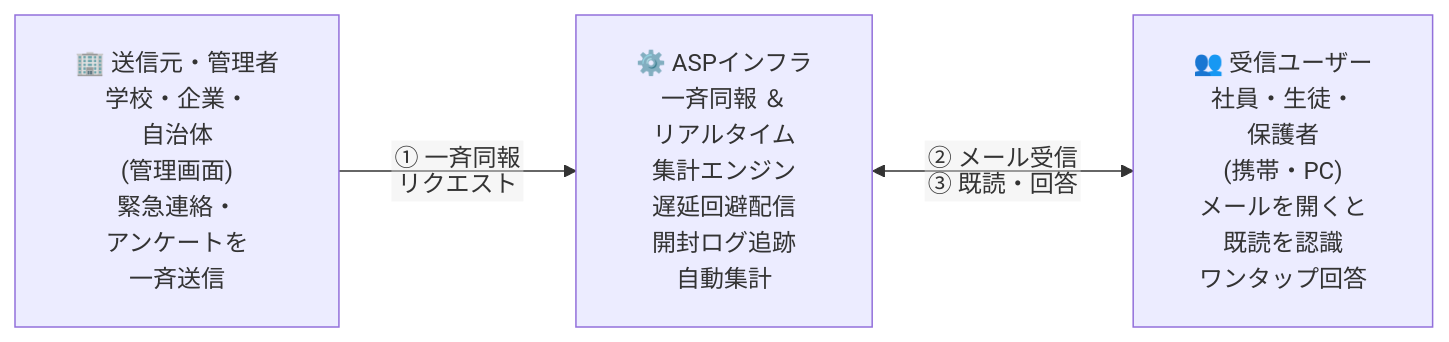
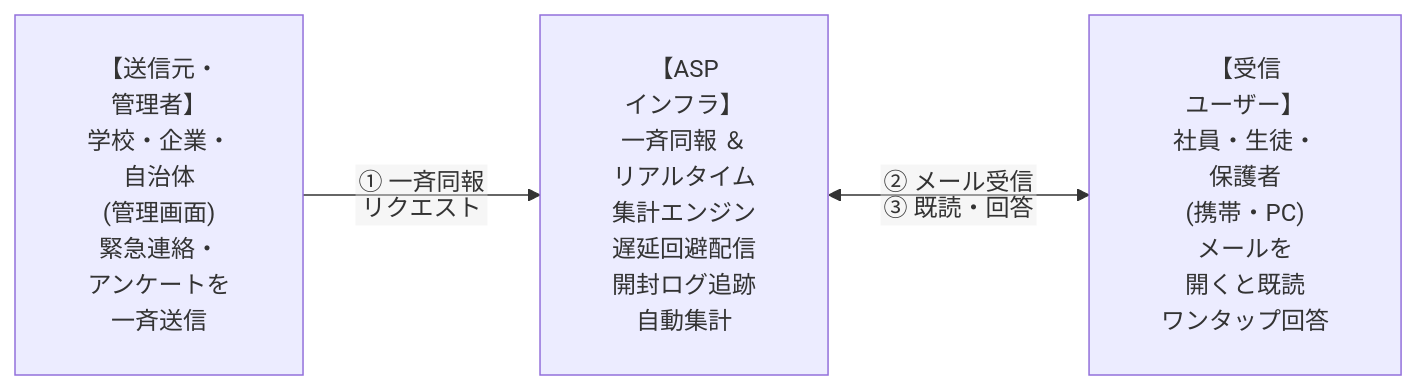
The second of 4 diagrams in README.md (imo96/service-planning-architecture-portfolio), drawn with Mermaid before and after one commit. The commit also changed other lines of this file, not shown here.

First line of the commit message:
Mermaid図: 絵文字を外し1行をさらに短縮して見切れを解消

````diff
--- a/README.md
+++ b/README.md
@@ -99,10 +99,10 @@
 ```mermaid
-%%{init: {"flowchart": {"htmlLabels": false, "padding": 20, "nodeSpacing": 40, "rankSpacing": 70}}}%%
+%%{init: {"flowchart": {"htmlLabels": false, "padding": 24, "nodeSpacing": 40, "rankSpacing": 70}}}%%
 flowchart LR
-    A["🏢 送信元・管理者<br>学校・企業・<br>自治体<br>(管理画面)<br>緊急連絡・<br>アンケートを<br>一斉送信"]
-    S["⚙️ ASPインフラ<br>一斉同報 ＆<br>リアルタイム<br>集計エンジン<br>遅延回避配信<br>開封ログ追跡<br>自動集計"]
-    U["👥 受信ユーザー<br>社員・生徒・<br>保護者<br>(携帯・PC)<br>メールを開くと<br>既読を認識<br>ワンタップ回答"]
+    A["【送信元・<br>管理者】<br>学校・企業・<br>自治体<br>(管理画面)<br>緊急連絡・<br>アンケートを<br>一斉送信"]
+    S["【ASP<br>インフラ】<br>一斉同報 ＆<br>リアルタイム<br>集計エンジン<br>遅延回避配信<br>開封ログ追跡<br>自動集計"]
+    U["【受信<br>ユーザー】<br>社員・生徒・<br>保護者<br>(携帯・PC)<br>メールを<br>開くと既読<br>ワンタップ回答"]
 
     A -->|"① 一斉同報<br>リクエスト"| S
     S <-->|"② メール受信<br>③ 既読・回答"| U
 ```
````
